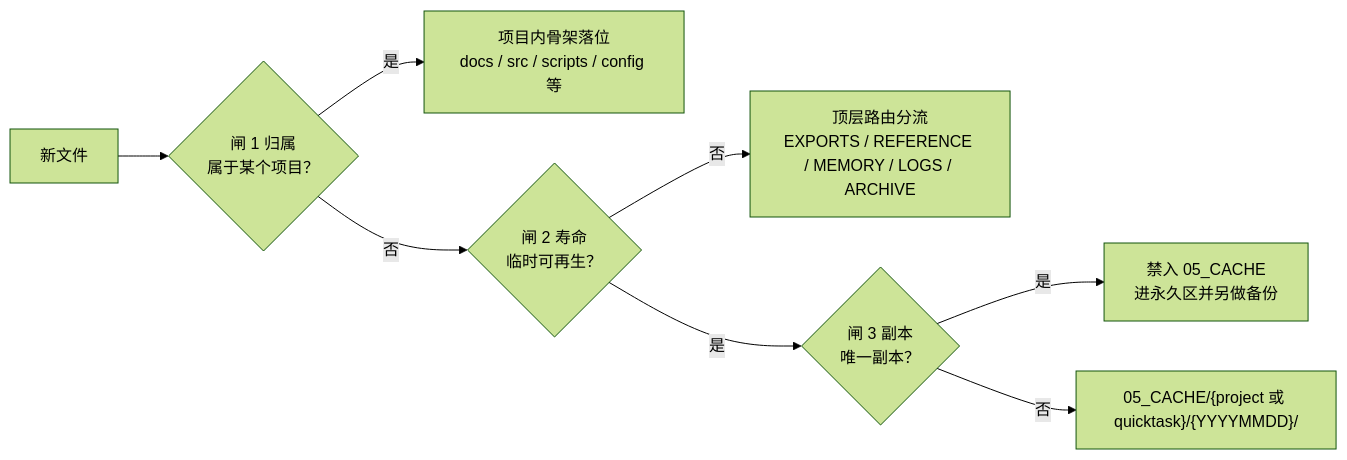
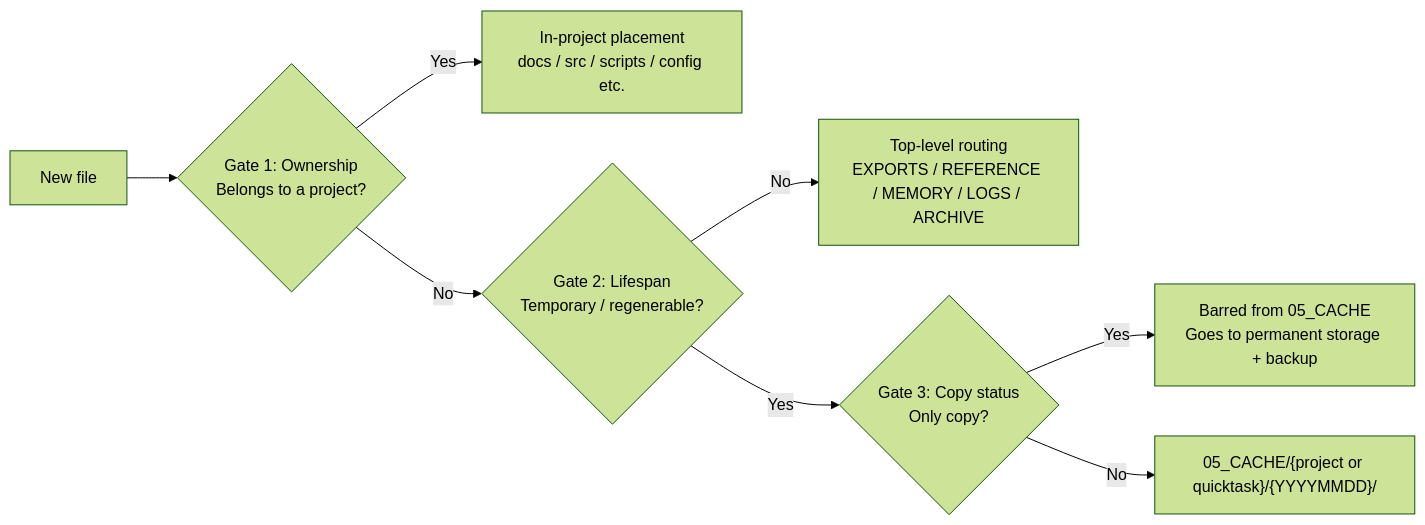
The second of 2 diagrams in docs/architecture.md (MagicalYuYu/agent-operating-system), drawn with Mermaid (forest theme) before and after one commit. The commit also changed other lines of this file and 3 other files, not shown here.

First line of the commit message:
docs: English README and architecture reference

````diff
--- a/docs/architecture.md
+++ b/docs/architecture.md
@@ -58,10 +60,10 @@
 ```mermaid
 graph LR
-  F["新文件"] --> G1{"闸 1 归属<br/>属于某个项目？"}
-  G1 -->|"是"| PJ["项目内骨架落位<br/>docs / src / scripts / config 等"]
-  G1 -->|"否"| G2{"闸 2 寿命<br/>临时可再生？"}
-  G2 -->|"否"| RT["顶层路由分流<br/>EXPORTS / REFERENCE / MEMORY / LOGS / ARCHIVE"]
-  G2 -->|"是"| G3{"闸 3 副本<br/>唯一副本？"}
-  G3 -->|"是"| BK["禁入 05_CACHE<br/>进永久区并另做备份"]
-  G3 -->|"否"| CA["05_CACHE/{project 或 quicktask}/{YYYYMMDD}/"]
+  F["New file"] --> G1{"Gate 1: Ownership<br/>Belongs to a project?"}
+  G1 -->|"Yes"| PJ["In-project placement<br/>docs / src / scripts / config etc."]
+  G1 -->|"No"| G2{"Gate 2: Lifespan<br/>Temporary / regenerable?"}
+  G2 -->|"No"| RT["Top-level routing<br/>EXPORTS / REFERENCE / MEMORY / LOGS / ARCHIVE"]
+  G2 -->|"Yes"| G3{"Gate 3: Copy status<br/>Only copy?"}
+  G3 -->|"Yes"| BK["Barred from 05_CACHE<br/>Goes to permanent storage + backup"]
+  G3 -->|"No"| CA["05_CACHE/{project or quicktask}/{YYYYMMDD}/"]
 ```
````
